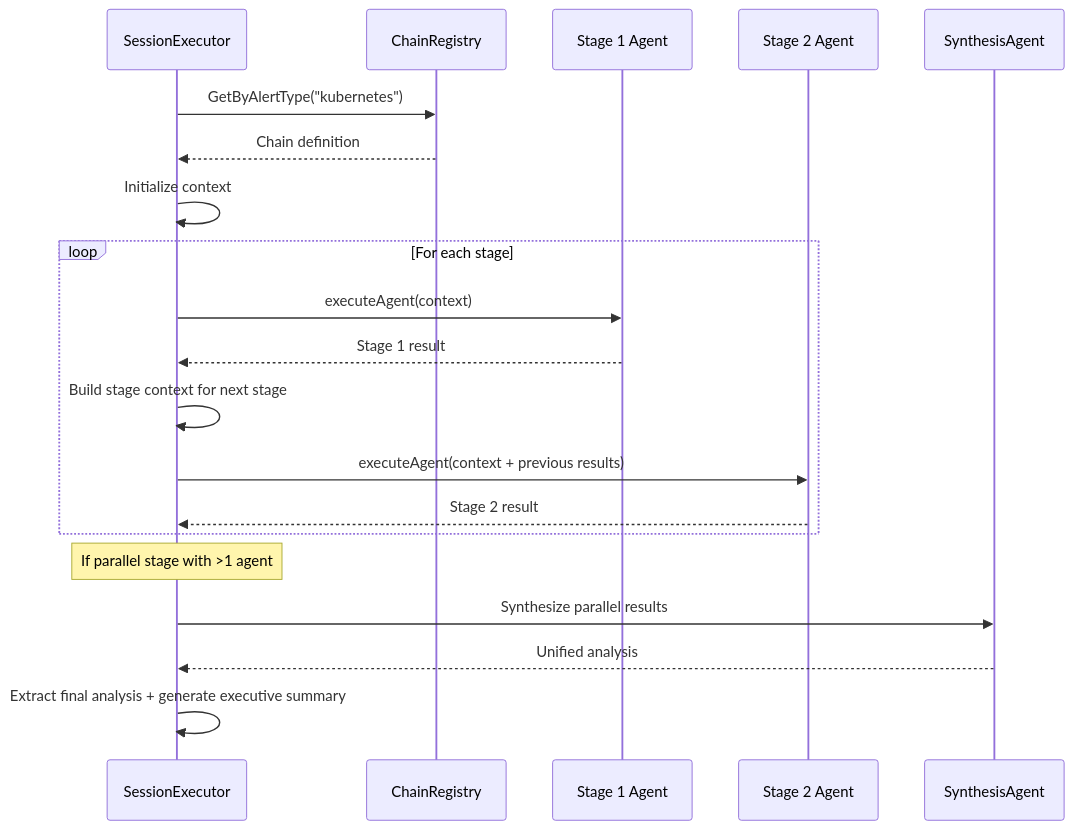
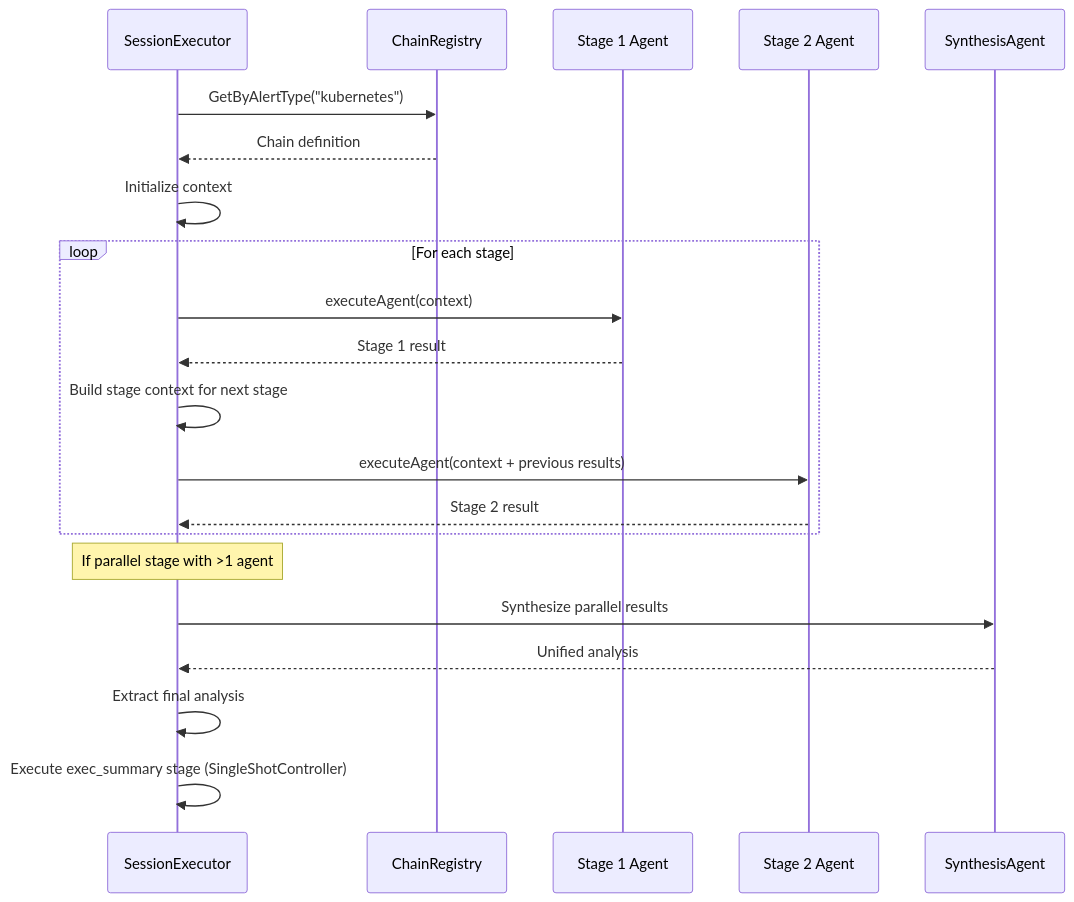
Before and after one commit to codeready-toolchain/tarsy: the third of 9 diagrams in docs/functional-areas-design.md, drawn with Mermaid. The commit also changed other lines of this file and 78 other files, not shown here.

Commit message:
Move Exec Summary to its own stage (#145)

````diff
--- a/docs/functional-areas-design.md
+++ b/docs/functional-areas-design.md
@@ -247,26 +247,27 @@
 ```mermaid
 sequenceDiagram
     participant E as SessionExecutor
     participant CR as ChainRegistry
     participant A1 as Stage 1 Agent
     participant A2 as Stage 2 Agent
     participant S as SynthesisAgent
 
     E->>CR: GetByAlertType("kubernetes")
     CR-->>E: Chain definition
     E->>E: Initialize context
 
     loop For each stage
         E->>A1: executeAgent(context)
         A1-->>E: Stage 1 result
         E->>E: Build stage context for next stage
         E->>A2: executeAgent(context + previous results)
         A2-->>E: Stage 2 result
     end
 
     Note over E: If parallel stage with >1 agent
     E->>S: Synthesize parallel results
     S-->>E: Unified analysis
 
-    E->>E: Extract final analysis + generate executive summary
+    E->>E: Extract final analysis
+    E->>E: Execute exec_summary stage (SingleShotController)
 ```
````
